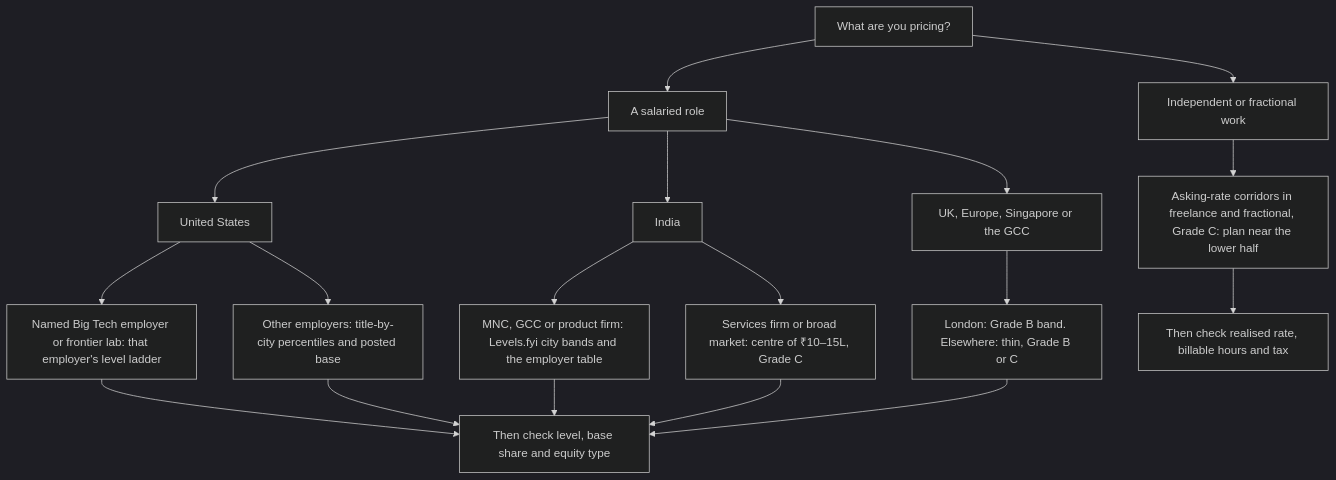
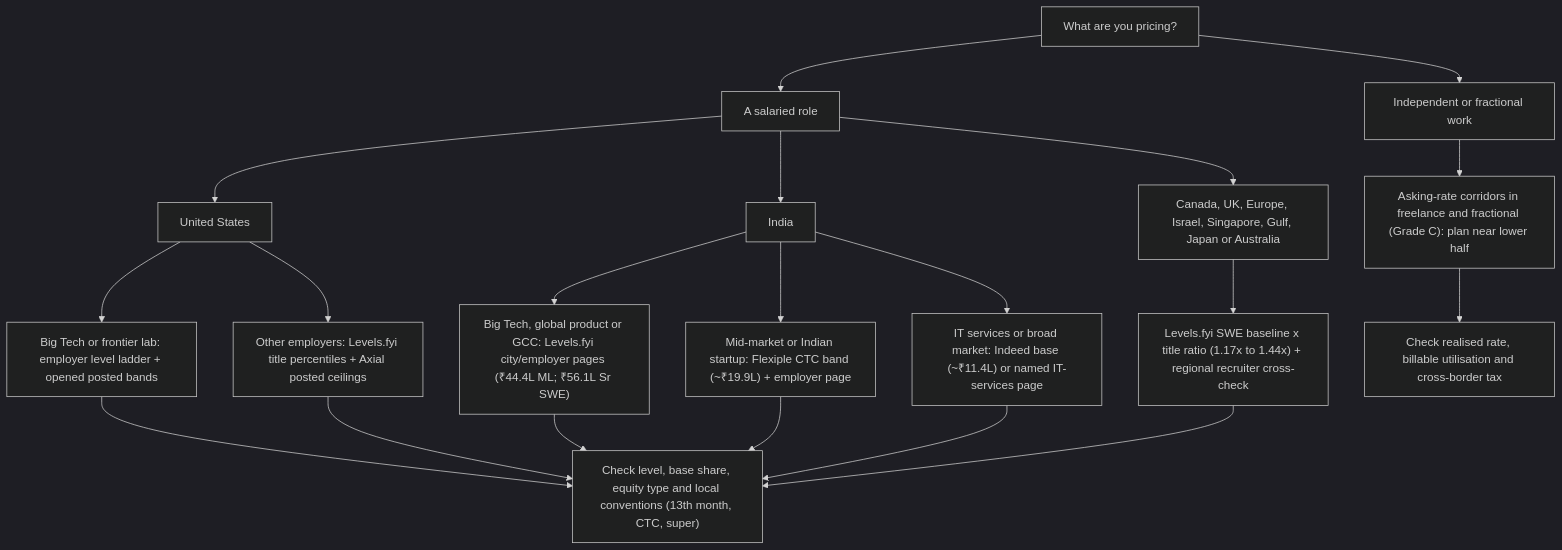
The diagram in career/09-compensation/pay-benchmarks.md (bhaskarjha-dev/genai-career), drawn with Mermaid (dark theme) before and after one commit. The commit also changed other lines of this file and 7 other files, not shown here.

First line of the commit message:
feat(compensation,onboarding): integrate R7 pay/equity/tax and R9 onboarding/growth

````diff
--- a/career/09-compensation/pay-benchmarks.md
+++ b/career/09-compensation/pay-benchmarks.md
@@ -45,20 +45,22 @@
 ```mermaid
 flowchart TD
     Q["What are you pricing?"] --> SAL["A salaried role"]
     Q --> IND["Independent or fractional work"]
     SAL --> US["United States"]
     SAL --> IN["India"]
-    SAL --> OT["UK, Europe, Singapore or the GCC"]
-    US --> US1["Named Big Tech employer or frontier lab: that employer's level ladder"]
-    US --> US2["Other employers: title-by-city percentiles and posted base"]
-    IN --> IN1["MNC, GCC or product firm: Levels.fyi city bands and the employer table"]
-    IN --> IN2["Services firm or broad market: centre of ₹10–15L, Grade C"]
-    OT --> OT1["London: Grade B band. Elsewhere: thin, Grade B or C"]
-    IND --> IND1["Asking-rate corridors in freelance and fractional, Grade C: plan near the lower half"]
-    US1 --> CHK["Then check level, base share and equity type"]
+    SAL --> OT["Canada, UK, Europe, Israel, Singapore, Gulf, Japan or Australia"]
+    US --> US1["Big Tech or frontier lab: employer level ladder + opened posted bands"]
+    US --> US2["Other employers: Levels.fyi title percentiles + Axial posted ceilings"]
+    IN --> IN1["Big Tech, global product or GCC: Levels.fyi city/employer pages (₹44.4L ML; ₹56.1L Sr SWE)"]
+    IN --> IN2["Mid-market or Indian startup: Flexiple CTC band (~₹19.9L) + employer page"]
+    IN --> IN3["IT services or broad market: Indeed base (~₹11.4L) or named IT-services page"]
+    OT --> OT1["Levels.fyi SWE baseline x title ratio (1.17x to 1.44x) + regional recruiter cross-check"]
+    IND --> IND1["Asking-rate corridors in freelance and fractional (Grade C): plan near lower half"]
+    US1 --> CHK["Check level, base share, equity type and local conventions (13th month, CTC, super)"]
     US2 --> CHK
     IN1 --> CHK
     IN2 --> CHK
+    IN3 --> CHK
     OT1 --> CHK
-    IND1 --> CHK2["Then check realised rate, billable hours and tax"]
+    IND1 --> CHK2["Check realised rate, billable utilisation and cross-border tax"]
 ```
````
